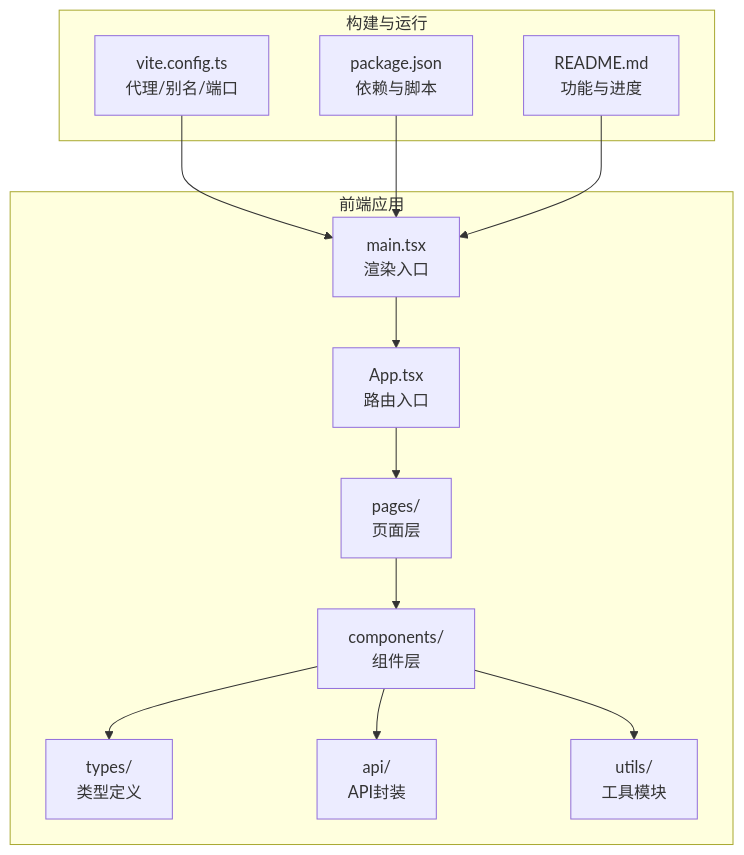
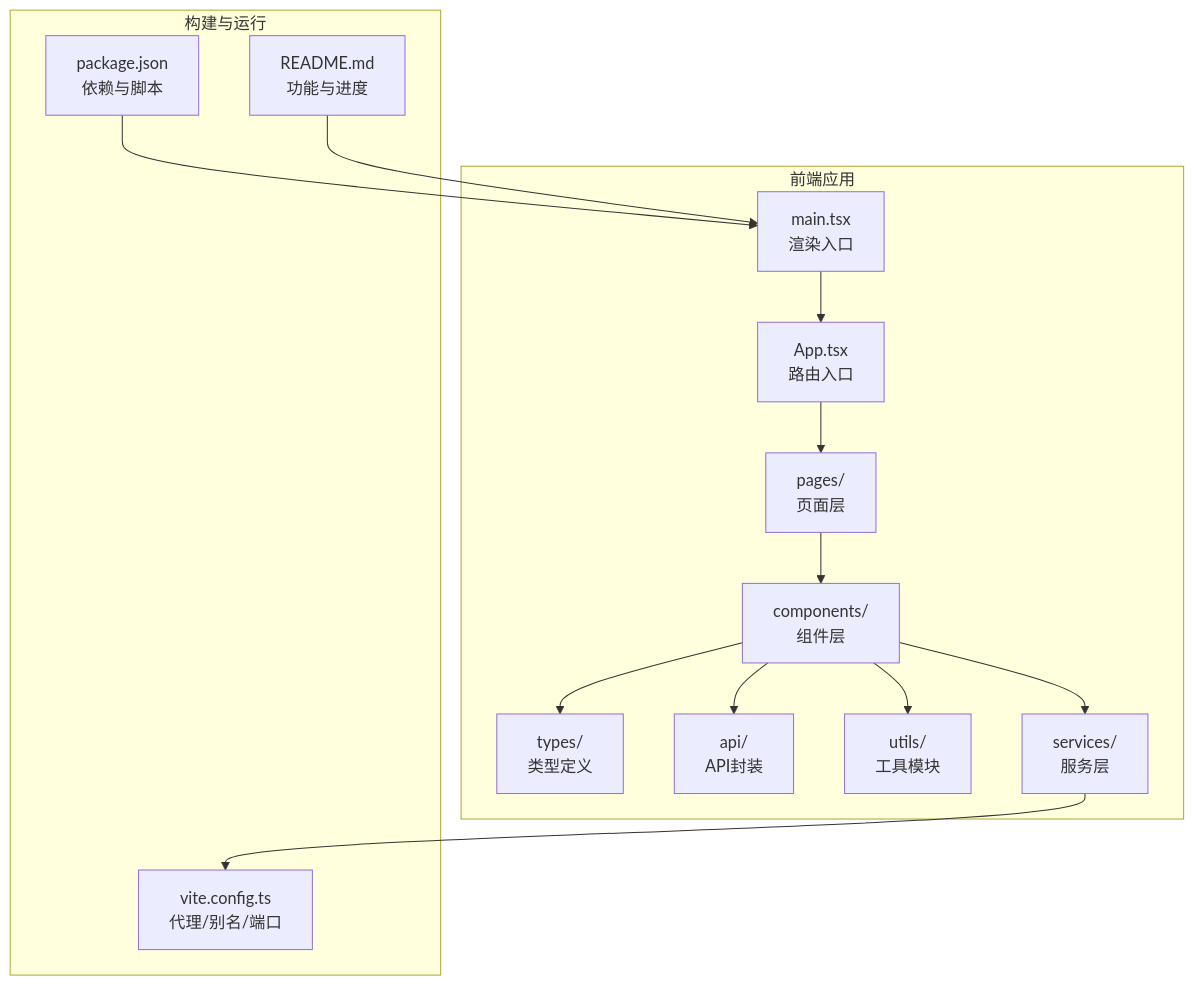
Before and after one commit to EverettCamus/HeartRule-Qoder: the first of 20 diagrams in .qoder/repowiki/zh/content/脚本编辑器/脚本编辑器.md, drawn with Mermaid. The commit also changed other lines of this file and 8 other files, not shown here.

````diff
--- a/.qoder/repowiki/zh/content/脚本编辑器/脚本编辑器.md
+++ b/.qoder/repowiki/zh/content/脚本编辑器/脚本编辑器.md
@@ -51,26 +76,28 @@
 ```mermaid
 graph TB
 subgraph "前端应用"
 A["App.tsx<br/>路由入口"]
 B["main.tsx<br/>渲染入口"]
 C["pages/<br/>页面层"]
 D["components/<br/>组件层"]
 E["types/<br/>类型定义"]
 F["api/<br/>API封装"]
 G["utils/<br/>工具模块"]
+H["services/<br/>服务层"]
 end
 subgraph "构建与运行"
-H["vite.config.ts<br/>代理/别名/端口"]
-I["package.json<br/>依赖与脚本"]
-J["README.md<br/>功能与进度"]
+I["vite.config.ts<br/>代理/别名/端口"]
+J["package.json<br/>依赖与脚本"]
+K["README.md<br/>功能与进度"]
 end
 B --> A
 A --> C
 C --> D
 D --> E
 D --> F
 D --> G
-H --> B
-I --> B
+D --> H
+H --> I
 J --> B
+K --> B
 ```
````
